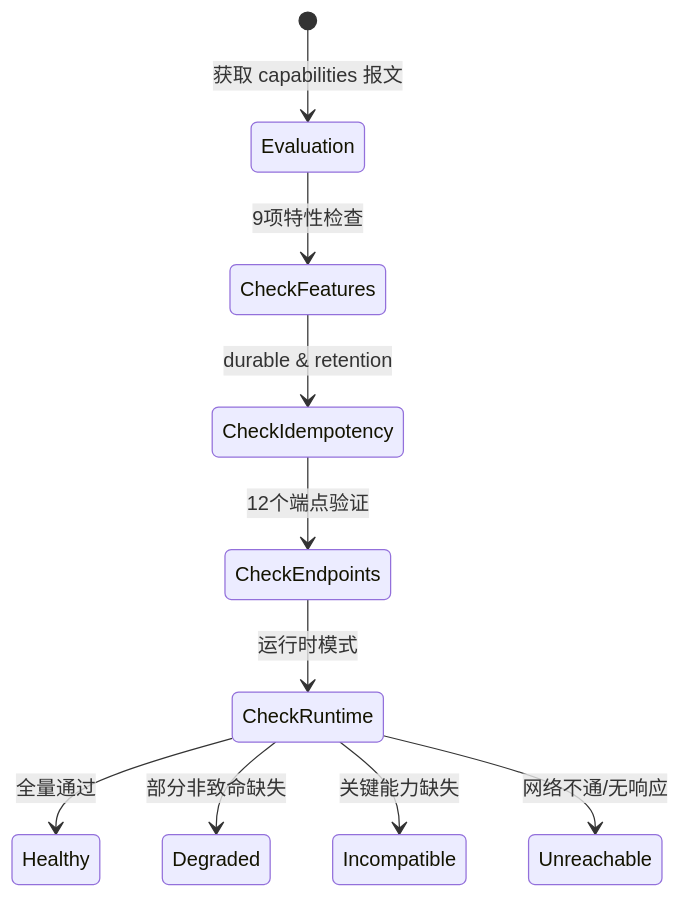
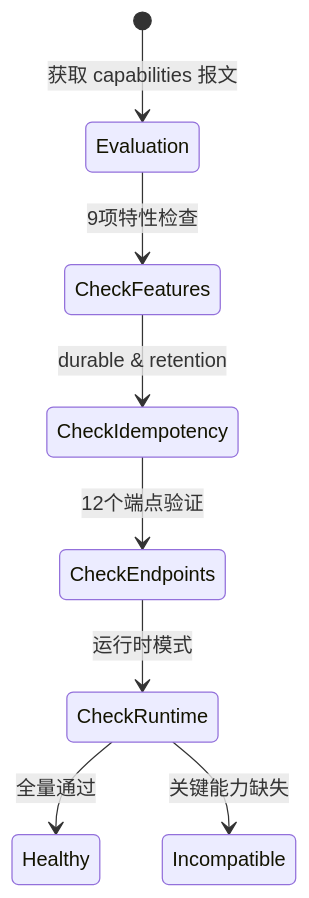
The second of 2 diagrams in docs/05-hermes-integration.md (ermu03/emu-chat), drawn with Mermaid before and after one commit. The commit also changed other lines of this file and 13 other files, not shown here.

````diff
--- a/docs/05-hermes-integration.md
+++ b/docs/05-hermes-integration.md
@@ -59,13 +59,11 @@
 ```mermaid
 stateDiagram-v2
     [*] --> Evaluation : 获取 capabilities 报文
     Evaluation --> CheckFeatures : 9项特性检查
     CheckFeatures --> CheckIdempotency : durable & retention
     CheckIdempotency --> CheckEndpoints : 12个端点验证
     CheckEndpoints --> CheckRuntime : 运行时模式
     
     CheckRuntime --> Healthy : 全量通过
-    CheckRuntime --> Degraded : 部分非致命缺失
     CheckRuntime --> Incompatible : 关键能力缺失
-    CheckRuntime --> Unreachable : 网络不通/无响应
 ```
````
